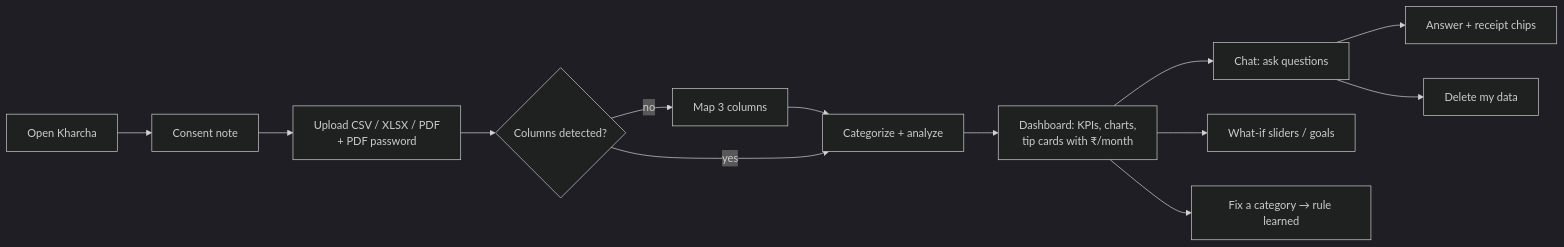
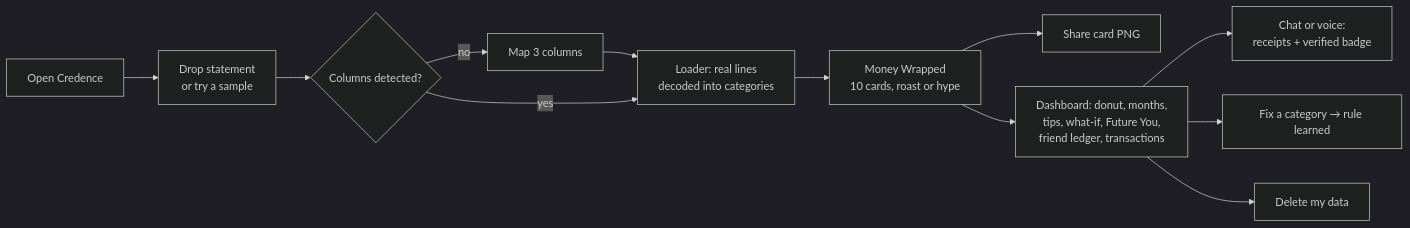
Before and after one commit to Akarshakk/RGIT_Hack_Round0: the first of 3 diagrams in presentation_reference.md, drawn with Mermaid (dark theme). The commit also changed other lines of this file and 4 other files, not shown here.

````diff
--- a/presentation_reference.md
+++ b/presentation_reference.md
@@ -124,15 +138,14 @@
 ```mermaid
 flowchart LR
-  A[Open Kharcha] --> B[Consent note]
-  B --> C[Upload CSV / XLSX / PDF<br/>+ PDF password]
-  C --> D{Columns detected?}
-  D -- no --> E[Map 3 columns]
-  E --> F
-  D -- yes --> F[Categorize + analyze]
-  F --> G[Dashboard: KPIs, charts,<br/>tip cards with ₹/month]
-  G --> H[Chat: ask questions]
-  H --> I[Answer + receipt chips]
-  G --> J[What-if sliders / goals]
-  G --> K[Fix a category → rule learned]
-  H --> L[Delete my data]
+  A[Open Credence] --> B[Drop statement<br/>or try a sample]
+  B --> C{Columns detected?}
+  C -- no --> D[Map 3 columns]
+  D --> E
+  C -- yes --> E[Loader: real lines<br/>decoded into categories]
+  E --> F[Money Wrapped<br/>10 cards, roast or hype]
+  F --> G[Share card PNG]
+  F --> H[Dashboard: donut, months,<br/>tips, what-if, Future You,<br/>friend ledger, transactions]
+  H --> I[Chat or voice:<br/>receipts + verified badge]
+  H --> J[Fix a category → rule learned]
+  H --> K[Delete my data]
 ```
````
